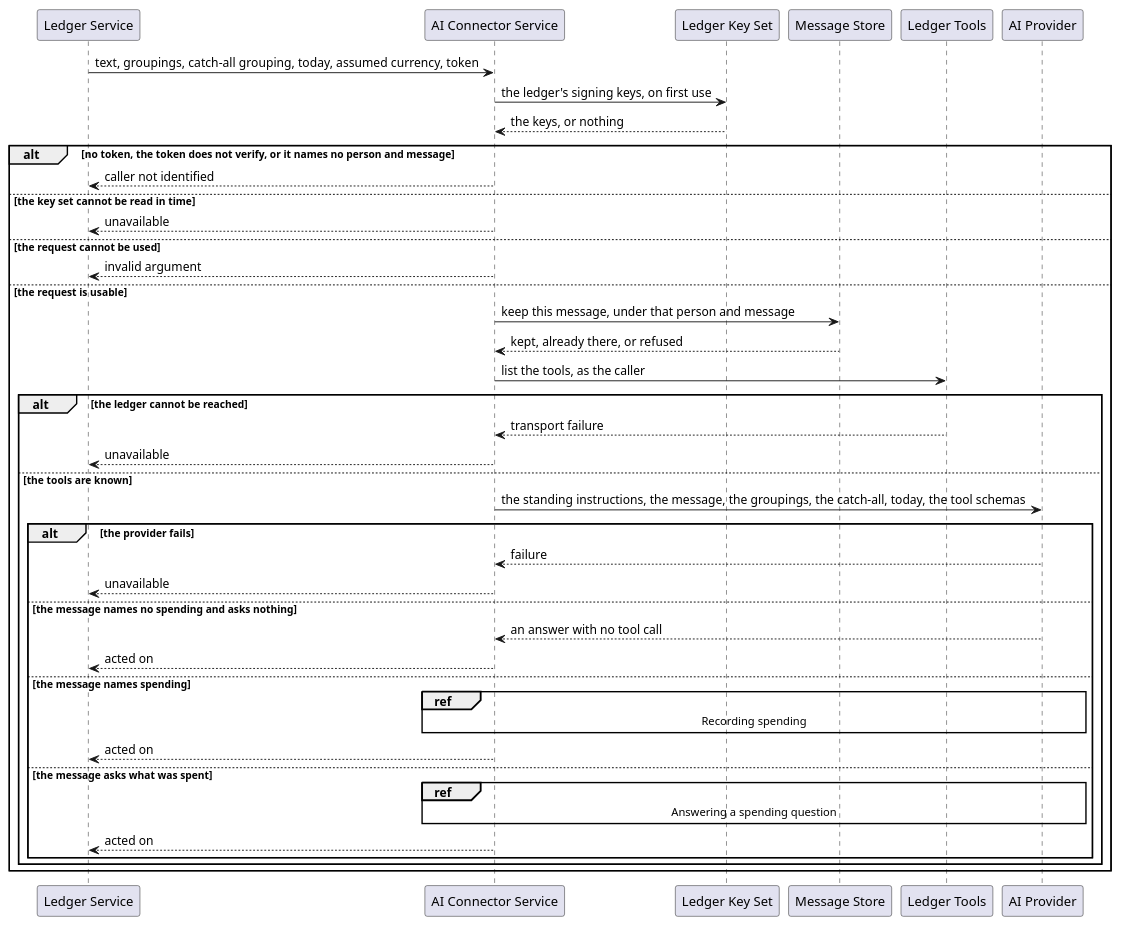
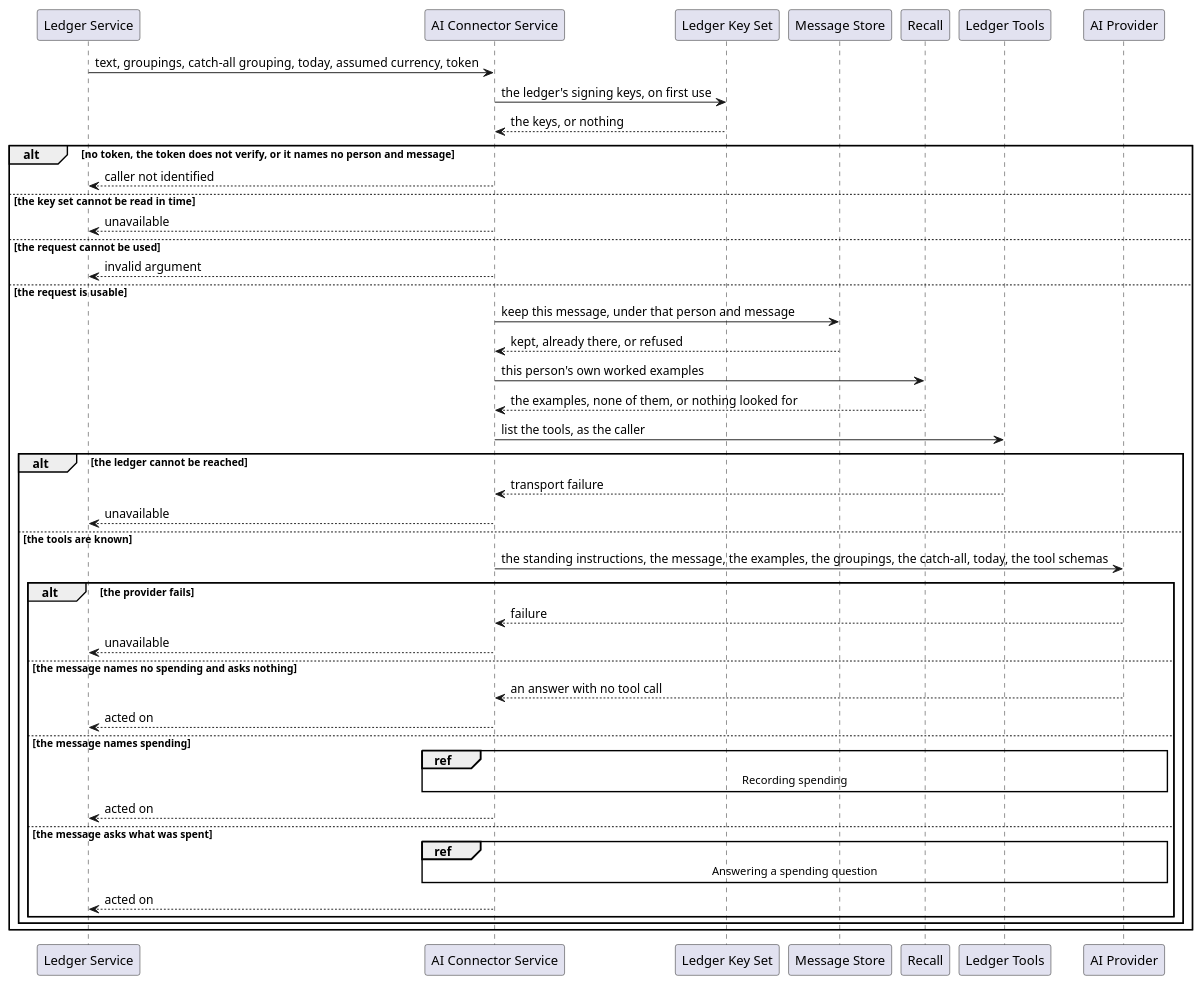
The second of 4 diagrams in ai-connector-service/docs/usecases/extract-intents.md (ds-usova/finance-bot), drawn with PlantUML before and after one commit. The commit also changed other lines of this file and 12 other files, not shown here.

Commit message:
Documentation: the connector's message memory, its recall and its backfill

````diff
--- a/ai-connector-service/docs/usecases/extract-intents.md
+++ b/ai-connector-service/docs/usecases/extract-intents.md
@@ -118,47 +124,50 @@
 ```plantuml
 @startuml ExtractIntents-Turn
 participant "Ledger Service" as Caller
 participant "AI Connector Service" as Service
 participant "Ledger Key Set" as KeySet
 participant "Message Store" as Store
+participant "Recall" as Recall
 participant "Ledger Tools" as Tools
 participant "AI Provider" as Provider
 
 Caller -> Service : text, groupings, catch-all grouping, today, assumed currency, token
 Service -> KeySet : the ledger's signing keys, on first use
 KeySet --> Service : the keys, or nothing
 
 alt no token, the token does not verify, or it names no person and message
     Service --> Caller : caller not identified
 else the key set cannot be read in time
     Service --> Caller : unavailable
 else the request cannot be used
     Service --> Caller : invalid argument
 else the request is usable
     Service -> Store : keep this message, under that person and message
     Store --> Service : kept, already there, or refused
+    Service -> Recall : this person's own worked examples
+    Recall --> Service : the examples, none of them, or nothing looked for
     Service -> Tools : list the tools, as the caller
 
     alt the ledger cannot be reached
         Tools --> Service : transport failure
         Service --> Caller : unavailable
     else the tools are known
-        Service -> Provider : the standing instructions, the message, the groupings, the catch-all, today, the tool schemas
+        Service -> Provider : the standing instructions, the message, the examples, the groupings, the catch-all, today, the tool schemas
 
         alt the provider fails
             Provider --> Service : failure
             Service --> Caller : unavailable
         else the message names no spending and asks nothing
             Provider --> Service : an answer with no tool call
             Service --> Caller : acted on
         else the message names spending
             ref over Service, Tools, Provider : Recording spending
             Service --> Caller : acted on
         else the message asks what was spent
             ref over Service, Tools, Provider : Answering a spending question
             Service --> Caller : acted on
         end
     end
 end
 @enduml
 ```
````
